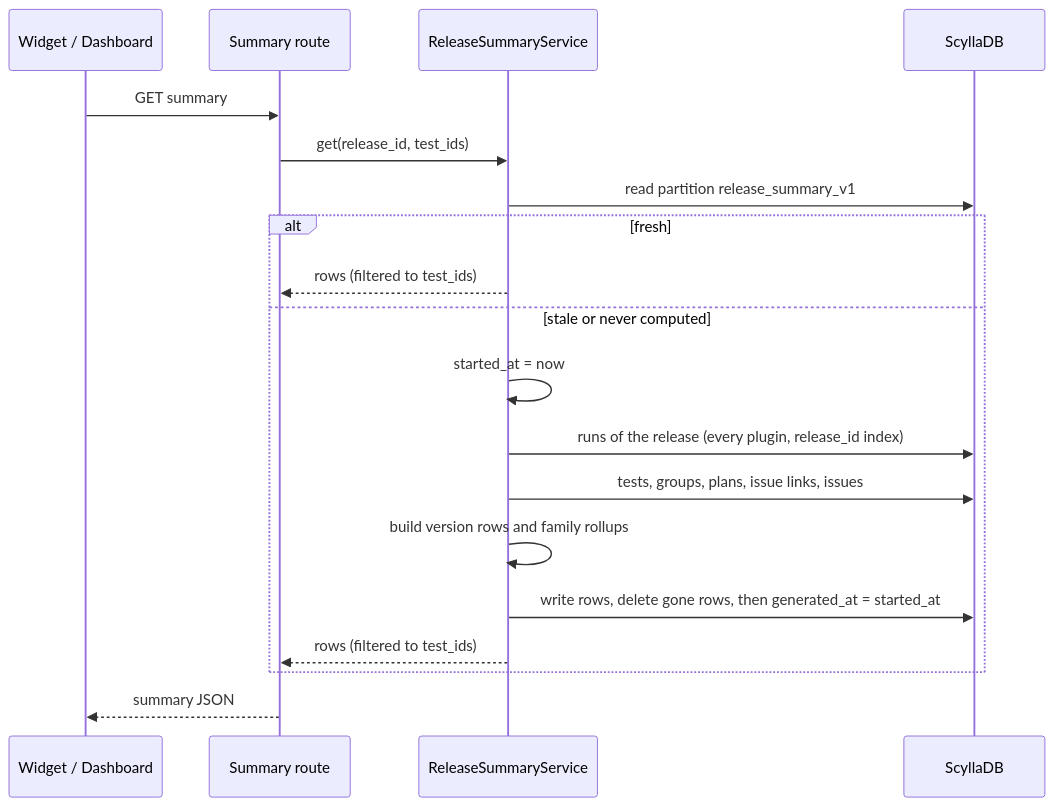
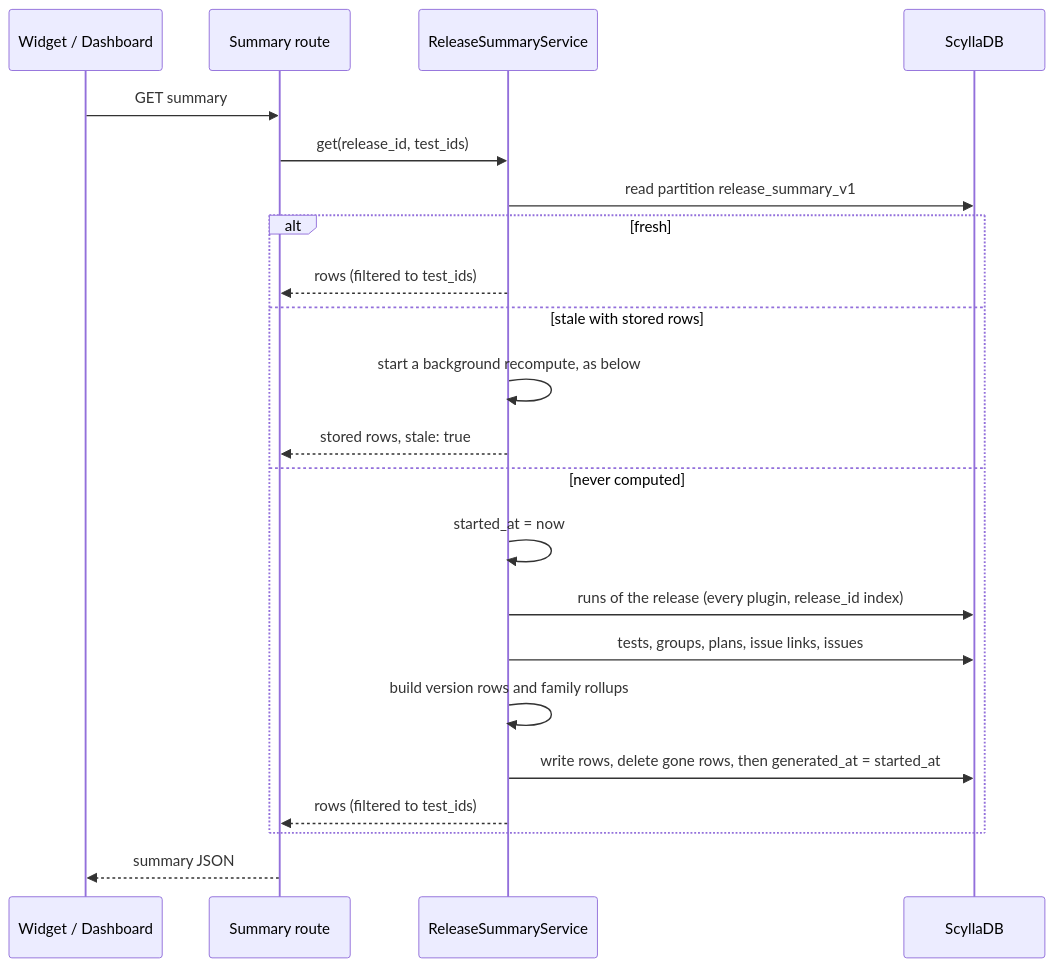
Before and after one commit to scylladb/argus: the first of 2 diagrams in tasks/QATOOLS-615/spec.md, drawn with Mermaid. The commit also changed other lines of this file and 14 other files, not shown here.

````diff
--- a/tasks/QATOOLS-615/spec.md
+++ b/tasks/QATOOLS-615/spec.md
@@ -57,21 +58,24 @@
 ```mermaid
 sequenceDiagram
     participant UI as Widget / Dashboard
     participant API as Summary route
     participant S as ReleaseSummaryService
     participant DB as ScyllaDB
     UI->>API: GET summary
     API->>S: get(release_id, test_ids)
     S->>DB: read partition release_summary_v1
     alt fresh
         S-->>API: rows (filtered to test_ids)
-    else stale or never computed
+    else stale with stored rows
+        S->>S: start a background recompute, as below
+        S-->>API: stored rows, stale: true
+    else never computed
         S->>S: started_at = now
         S->>DB: runs of the release (every plugin, release_id index)
         S->>DB: tests, groups, plans, issue links, issues
         S->>S: build version rows and family rollups
         S->>DB: write rows, delete gone rows, then generated_at = started_at
         S-->>API: rows (filtered to test_ids)
     end
     API-->>UI: summary JSON
 ```
````
